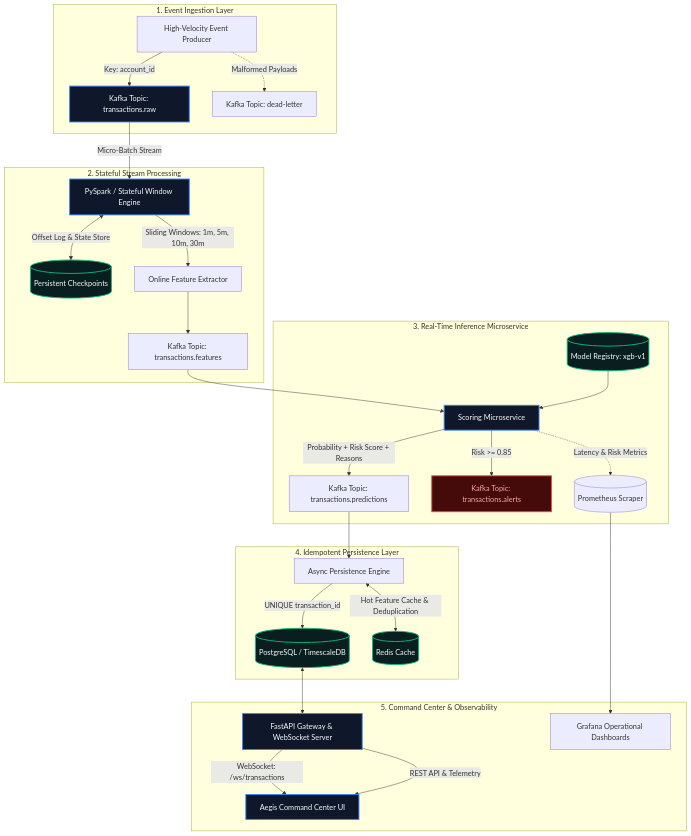
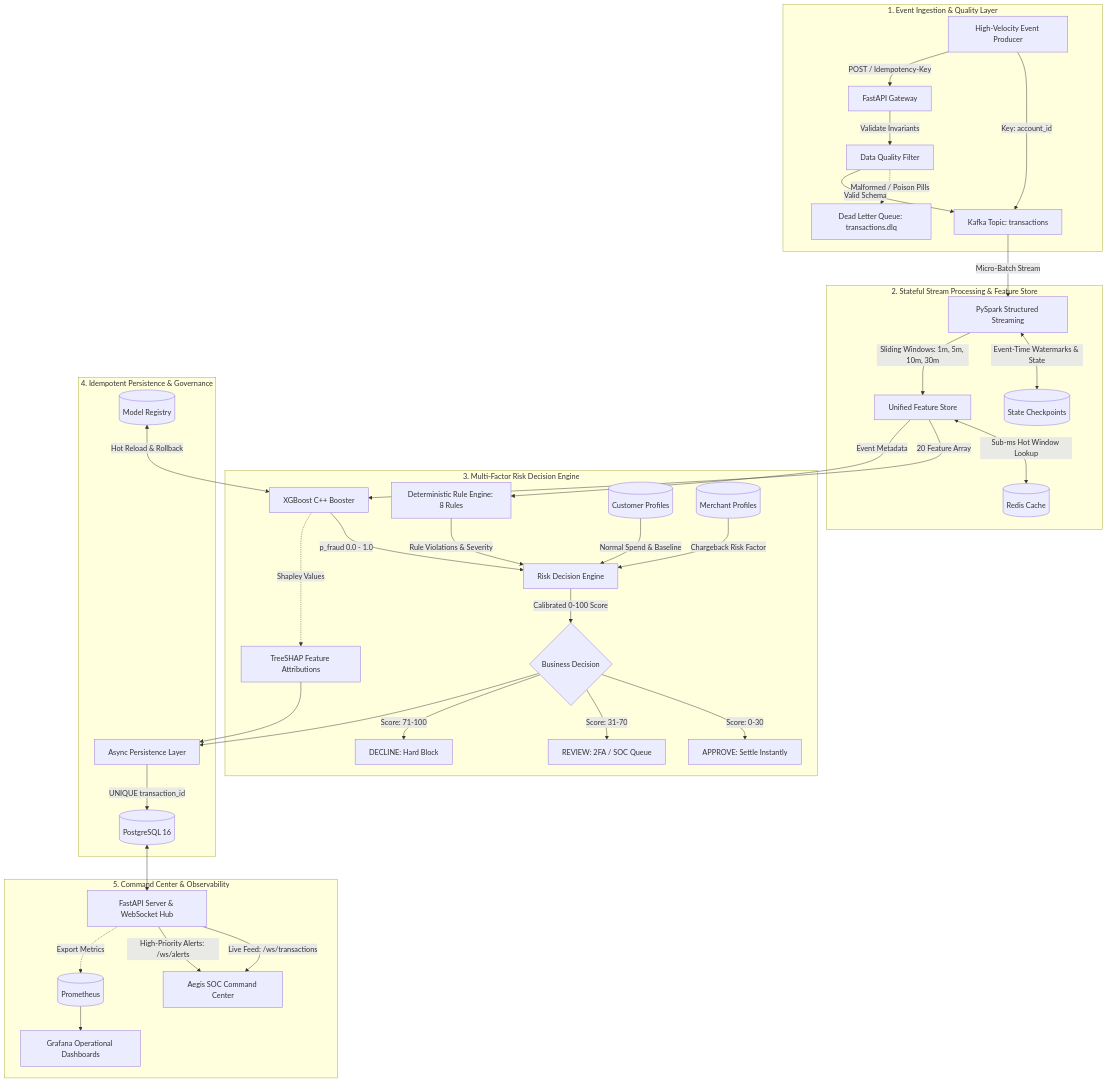
The diagram in README.md (SwayamNavle/aegis-fraud-engine), drawn with Mermaid before and after one commit. The commit also changed other lines of this file and 74 other files, not shown here.

````diff
--- a/README.md
+++ b/README.md
@@ -27,43 +34,50 @@
 ```mermaid
 flowchart TD
-    subgraph Ingestion ["1. Event Ingestion Layer"]
-        PROD[High-Velocity Event Producer] -->|Key: account_id| K_RAW[Kafka Topic: transactions.raw]
-        PROD -.->|Malformed Payloads| K_DLQ[Kafka Topic: dead-letter]
+    subgraph Ingestion ["1. Event Ingestion & Quality Layer"]
+        PROD[High-Velocity Event Producer] -->|Key: account_id| K_RAW[Kafka Topic: transactions]
+        PROD -->|POST / Idempotency-Key| API[FastAPI Gateway]
+        API -->|Validate Invariants| DQ[Data Quality Filter]
+        DQ -.->|Malformed / Poison Pills| K_DLQ[Dead Letter Queue: transactions.dlq]
+        DQ -->|Valid Schema| K_RAW
     end
 
-    subgraph Streaming ["2. Stateful Stream Processing"]
-        K_RAW -->|Micro-Batch Stream| SPARK[PySpark / Stateful Window Engine]
-        SPARK <-->|Offset Log & State Store| CP[(Persistent Checkpoints)]
-        SPARK -->|Sliding Windows: 1m, 5m, 10m, 30m| FE[Online Feature Extractor]
-        FE --> K_FEAT[Kafka Topic: transactions.features]
+    subgraph Streaming ["2. Stateful Stream Processing & Feature Store"]
+        K_RAW -->|Micro-Batch Stream| SPARK[PySpark Structured Streaming]
+        SPARK <-->|Event-Time Watermarks & State| CP[(State Checkpoints)]
+        SPARK -->|Sliding Windows: 1m, 5m, 10m, 30m| FE[Unified Feature Store]
+        FE <-->|Sub-ms Hot Window Lookup| REDIS[(Redis Cache)]
     end
 
-    subgraph Inference ["3. Real-Time Inference Microservice"]
-        K_FEAT --> SCORE_SVC[Scoring Microservice]
-        MODEL_REG[(Model Registry: xgb-v1)] --> SCORE_SVC
-        SCORE_SVC -->|Probability + Risk Score + Reasons| K_PRED[Kafka Topic: transactions.predictions]
-        SCORE_SVC -->|Risk >= 0.85| K_ALERTS[Kafka Topic: transactions.alerts]
-        SCORE_SVC -.->|Latency & Risk Metrics| PROM[(Prometheus Scraper)]
+    subgraph Decision ["3. Multi-Factor Risk Decision Engine"]
+        FE -->|20 Feature Array| XGB[XGBoost C++ Booster]
+        XGB -->|p_fraud 0.0 - 1.0| DECISION_ENG[Risk Decision Engine]
+        
+        FE -->|Event Metadata| RULES[Deterministic Rule Engine: 8 Rules]
+        RULES -->|Rule Violations & Severity| DECISION_ENG
+        
+        PROFILES_CUST[(Customer Profiles)] -->|Normal Spend & Baseline| DECISION_ENG
+        PROFILES_MERCH[(Merchant Profiles)] -->|Chargeback Risk Factor| DECISION_ENG
+        
+        DECISION_ENG -->|Calibrated 0-100 Score| POLICY{Business Decision}
+        POLICY -->|Score: 0-30| APPROVE[APPROVE: Settle Instantly]
+        POLICY -->|Score: 31-70| REVIEW[REVIEW: 2FA / SOC Queue]
+        POLICY -->|Score: 71-100| DECLINE[DECLINE: Hard Block]
+        
+        XGB -.->|Shapley Values| SHAP[TreeSHAP Feature Attributions]
     end
 
-    subgraph Persistence ["4. Idempotent Persistence Layer"]
-        K_PRED --> PERSIST[Async Persistence Engine]
-        PERSIST -->|UNIQUE transaction_id| PG[(PostgreSQL / TimescaleDB)]
-        PERSIST <-->|Hot Feature Cache & Deduplication| REDIS[(Redis Cache)]
+    subgraph Persistence ["4. Idempotent Persistence & Governance"]
+        POLICY --> PERSIST[Async Persistence Layer]
+        SHAP --> PERSIST
+        PERSIST -->|UNIQUE transaction_id| PG[(PostgreSQL 16)]
+        REGISTRY[(Model Registry)] <-->|Hot Reload & Rollback| XGB
     end
 
     subgraph Presentation ["5. Command Center & Observability"]
-        PG <--> FASTAPI[FastAPI Gateway & WebSocket Server]
-        FASTAPI -->|WebSocket: /ws/transactions| REACT[Aegis Command Center UI]
-        FASTAPI -->|REST API & Telemetry| REACT
+        PG <--> FASTAPI_SRV[FastAPI Server & WebSocket Hub]
+        FASTAPI_SRV -->|Live Feed: /ws/transactions| REACT[Aegis SOC Command Center]
+        FASTAPI_SRV -->|High-Priority Alerts: /ws/alerts| REACT
+        FASTAPI_SRV -.->|Export Metrics| PROM[(Prometheus)]
         PROM --> GRAFANA[Grafana Operational Dashboards]
     end
-
-    classDef primary fill:#0f172a,stroke:#3b82f6,stroke-width:2px,color:#f8fafc;
-    classDef storage fill:#091e1e,stroke:#10b981,stroke-width:2px,color:#f8fafc;
-    classDef alert fill:#450a0a,stroke:#ef4444,stroke-width:2px,color:#fca5a5;
-
-    class K_RAW,SPARK,SCORE_SVC,FASTAPI,REACT primary;
-    class PG,REDIS,CP,MODEL_REG storage;
-    class K_ALERTS alert;
 ```
````
